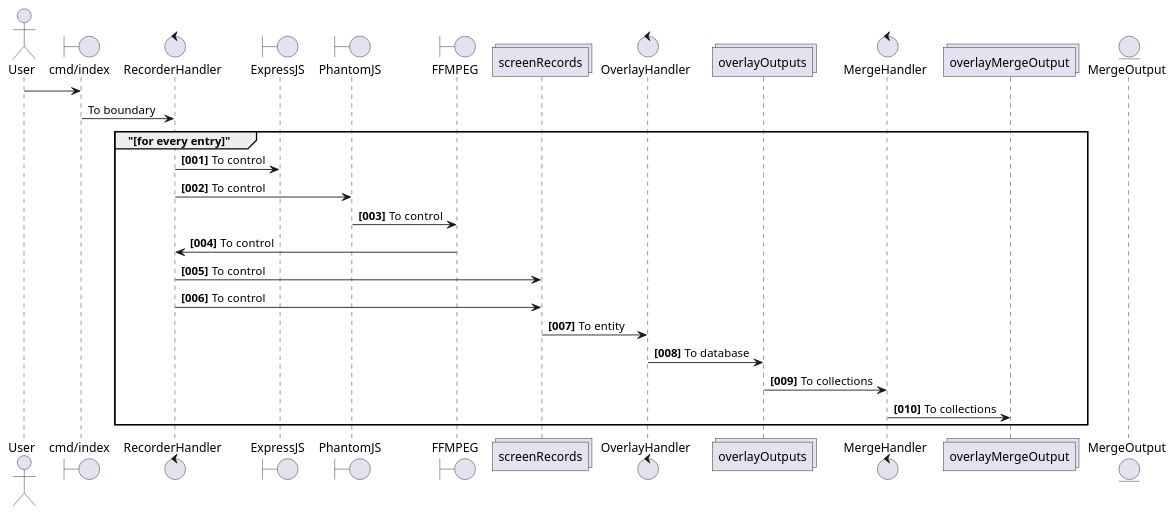
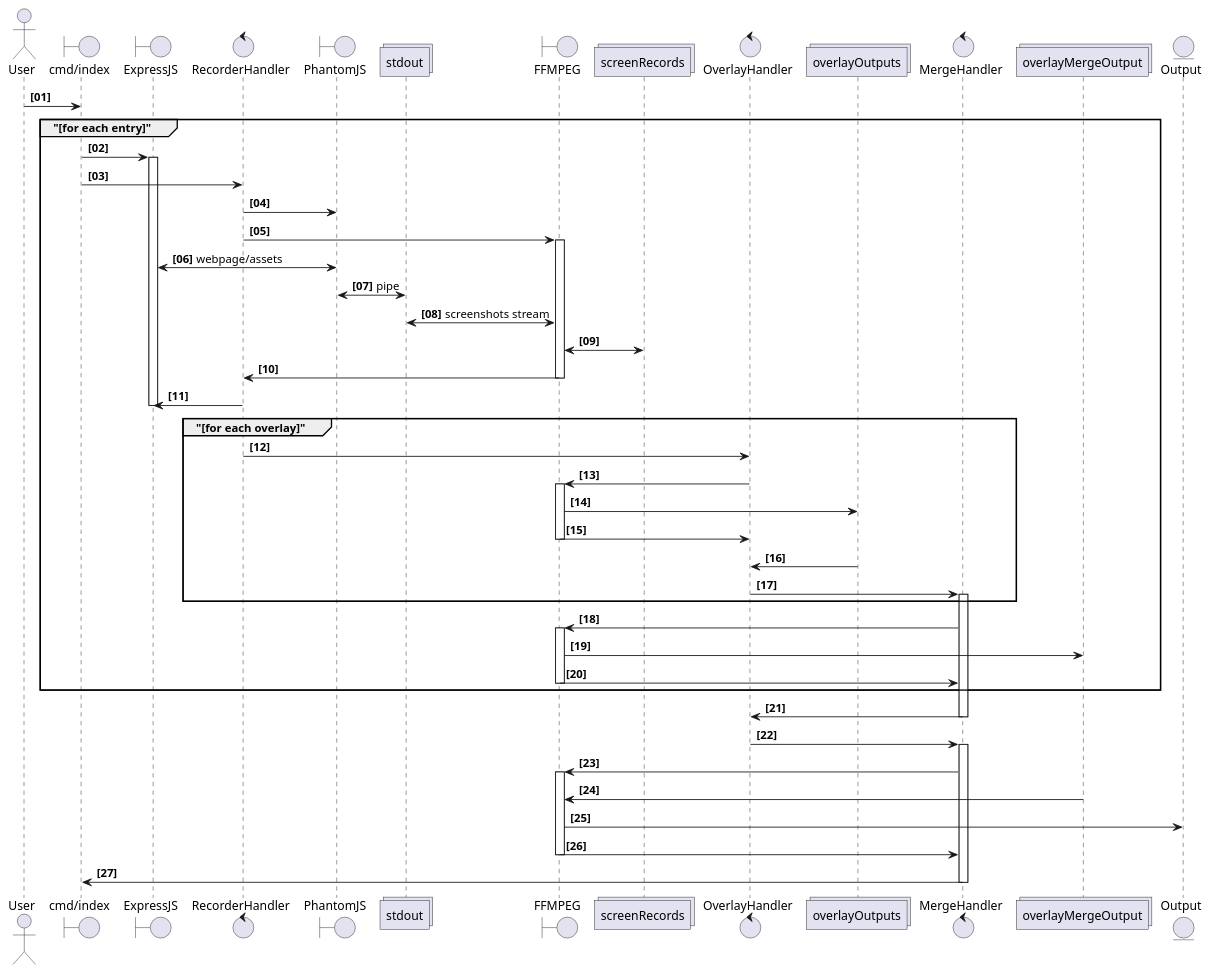
Before and after one commit to yoga1290/H5Recorder: the diagram in doc/readme.puml, drawn with PlantUML.

Commit message:
sequence diagram

```diff
--- a/doc/readme.puml
+++ b/doc/readme.puml
@@ -1,50 +1,108 @@
 @startuml
 
 actor User
 boundary "cmd/index"
+boundary ExpressJS
 
 control RecorderHandler
-boundary ExpressJS
 boundary PhantomJS
+
+collections stdout
 boundary FFMPEG
 
 collections screenRecords
 
 control OverlayHandler
 collections overlayOutputs
 
 control MergeHandler
 collections overlayMergeOutput
-entity MergeOutput
+entity Output
 
 
-/'
-database Foo5
-'/
+autonumber "<b>[00]"
+
+
+User -> "cmd/index" :
+
+group "[for each entry]"
+
+"cmd/index" -> ExpressJS : /'ExpressJS web server to serve the webpage directory'/
+activate ExpressJS
+
+"cmd/index" -> RecorderHandler : /'To boundary'/
+
+
+RecorderHandler -> PhantomJS : /'To control'/
+
+RecorderHandler -> FFMPEG :
+activate FFMPEG
+
+PhantomJS <-> ExpressJS : webpage/assets
+PhantomJS <-> stdout : pipe
+
+FFMPEG <-> stdout : screenshots stream
+
+
+FFMPEG <-> screenRecords : /'output a video out of the screenshots'/
+FFMPEG -> RecorderHandler : /'callback w the generated videos'/
+deactivate FFMPEG
+
+RecorderHandler -> ExpressJS :
+deactivate ExpressJS
+
+group "[for each overlay]"
+RecorderHandler -> OverlayHandler :
+
+OverlayHandler -> FFMPEG :
+activate FFMPEG
+FFMPEG -> overlayOutputs :
+FFMPEG -> OverlayHandler :
+deactivate FFMPEG
+
+OverlayHandler <- overlayOutputs :
+
+
+
+deactivate ExpressJS
+
+
+OverlayHandler -> MergeHandler :
+activate MergeHandler
+end
+
+MergeHandler -> FFMPEG :
+activate FFMPEG
+FFMPEG -> overlayMergeOutput :
+
+FFMPEG -> MergeHandler :
+deactivate FFMPEG
+
+end
+
+
+MergeHandler -> OverlayHandler : /'end MergeHandler'/
+
+deactivate MergeHandler
 
 
 
 
-User -> "cmd/index" :
-"cmd/index" -> RecorderHandler : To boundary
+OverlayHandler -> MergeHandler :
+activate MergeHandler
 
-group "[for every entry]"
+MergeHandler -> FFMPEG :
+activate FFMPEG
 
-autonumber "<b>[000]"
+overlayMergeOutput -> FFMPEG :
+FFMPEG -> Output :
+FFMPEG -> MergeHandler :
+deactivate FFMPEG
 
-RecorderHandler -> ExpressJS : To control
-RecorderHandler -> PhantomJS : To control
-PhantomJS -> FFMPEG : To control
-FFMPEG -> RecorderHandler : To control
 
-RecorderHandler -> screenRecords : To control
-RecorderHandler -> screenRecords : To control
-screenRecords -> OverlayHandler : To entity
+MergeHandler -> "cmd/index" :
+deactivate MergeHandler
 
-OverlayHandler -> overlayOutputs : To database
-overlayOutputs -> MergeHandler : To collections
-MergeHandler -> overlayMergeOutput : To collections
-
-end
+/'   '/
 
 @enduml
```
